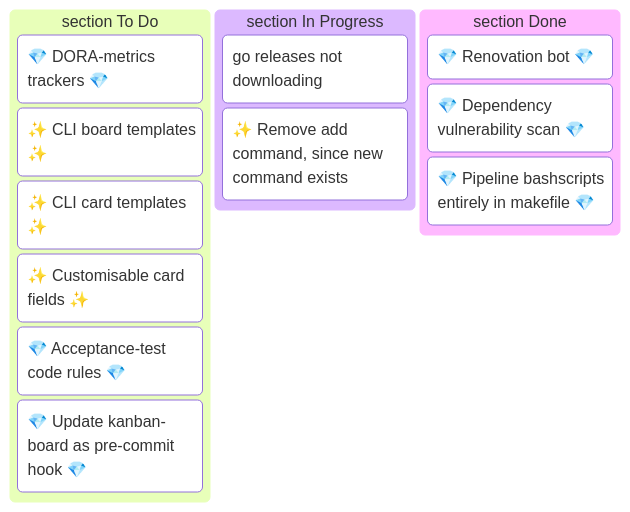
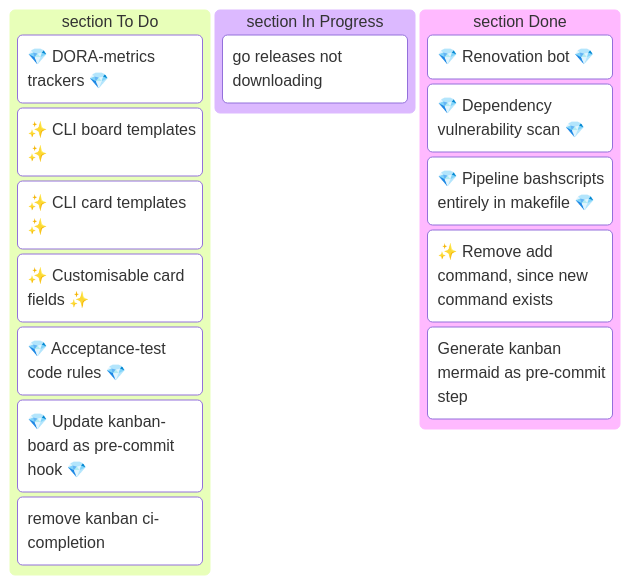
Before and after one commit to jmsargent/Kanban: the diagram in README.md, drawn with Mermaid. The commit also changed other lines of this file and 10 other files, not shown here.

````diff
--- a/README.md
+++ b/README.md
@@ -8,17 +8,19 @@
 ```mermaid
 kanban
   section To Do
     TASK-001@{ label: "💎 DORA-metrics trackers 💎" }
     TASK-002@{ label: "✨ CLI board templates ✨" }
     TASK-003@{ label: "✨ CLI card templates ✨" }
     TASK-004@{ label: "✨ Customisable card fields ✨" }
     TASK-008@{ label: "💎 Acceptance-test code rules 💎" }
     TASK-009@{ label: "💎 Update kanban-board as pre-commit hook 💎" }
+    TASK-012@{ label: "remove kanban ci-completion" }
   section In Progress
     TASK-010@{ label: "go releases not downloading" }
-    TASK-011@{ label: "✨ Remove add command, since new command exists" }
   section Done
     TASK-005@{ label: "💎 Renovation bot 💎" }
     TASK-006@{ label: "💎 Dependency vulnerability scan 💎" }
     TASK-007@{ label: "💎 Pipeline bashscripts entirely in makefile 💎" }
+    TASK-011@{ label: "✨ Remove add command, since new command exists" }
+    TASK-013@{ label: "Generate kanban mermaid as pre-commit step" }
 ```
````
